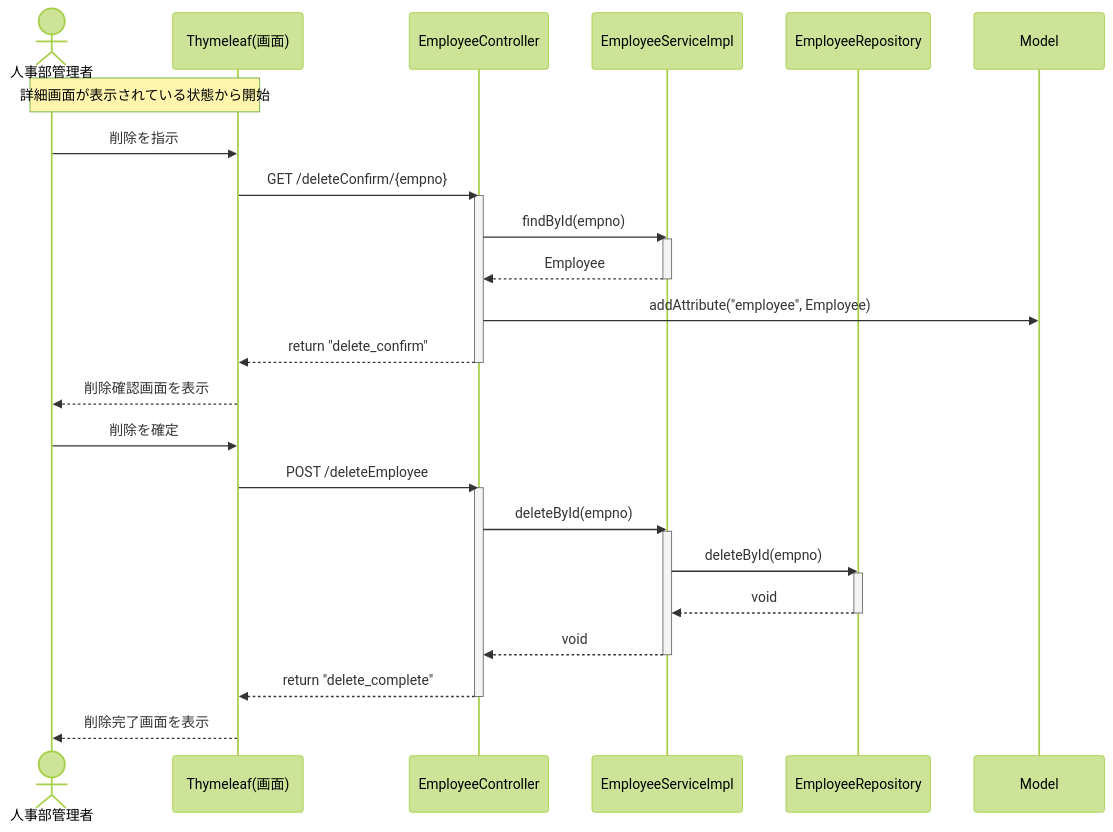
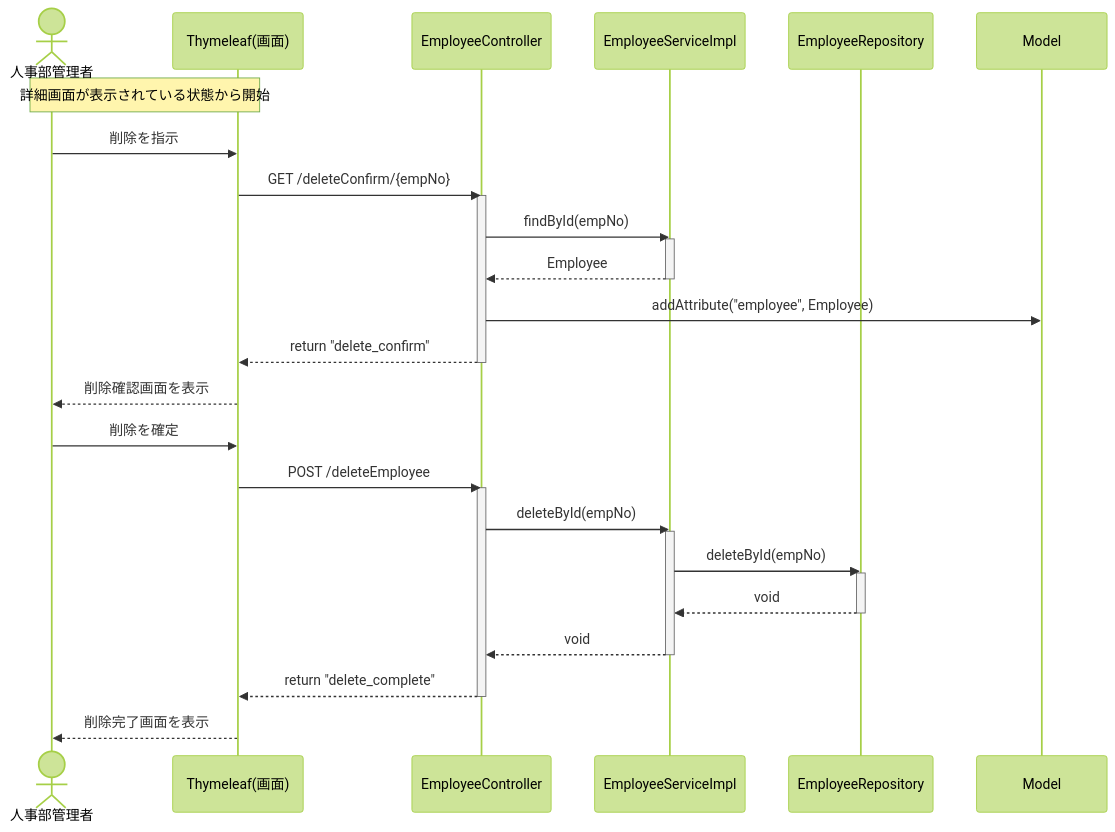
One commit to juyeongjung1/NewEIMS changed diagram 25 of 25 in EIMS_Comprehensive_Exercise_Guide.md. Above: the diagram before and after it, drawn with Mermaid (forest theme). The commit also changed other lines of this file, not shown here.

Commit message:
設計書のDB仕様を新カラム名(last_name,first_name等)に更新、role/delete_flg追加

````diff
--- a/EIMS_Comprehensive_Exercise_Guide.md
+++ b/EIMS_Comprehensive_Exercise_Guide.md
@@ -1662,37 +1666,37 @@
 ```mermaid
 sequenceDiagram
     actor Admin as 人事部管理者
     participant View as Thymeleaf(画面)
     participant Ctrl as EmployeeController
     participant Svc as EmployeeServiceImpl
     participant Rep as EmployeeRepository
     participant Model as Model
 
     note over Admin, View: 詳細画面が表示されている状態から開始
     Admin ->> View: 削除を指示
-    View ->> Ctrl: GET /deleteConfirm/{empno}
+    View ->> Ctrl: GET /deleteConfirm/{empNo}
     activate Ctrl
-    Ctrl ->> Svc: findById(empno)
+    Ctrl ->> Svc: findById(empNo)
     activate Svc
     Svc -->> Ctrl: Employee
     deactivate Svc
     Ctrl ->> Model: addAttribute("employee", Employee)
     Ctrl -->> View: return "delete_confirm"
     deactivate Ctrl
     View -->> Admin: 削除確認画面を表示
     
     Admin ->> View: 削除を確定
     View ->> Ctrl: POST /deleteEmployee
     activate Ctrl
-    Ctrl ->> Svc: deleteById(empno)
+    Ctrl ->> Svc: deleteById(empNo)
     activate Svc
-    Svc ->> Rep: deleteById(empno)
+    Svc ->> Rep: deleteById(empNo)
     activate Rep
     Rep -->> Svc: void
     deactivate Rep
     Svc -->> Ctrl: void
     deactivate Svc
     Ctrl -->> View: return "delete_complete"
     deactivate Ctrl
     View -->> Admin: 削除完了画面を表示
 ```
````
